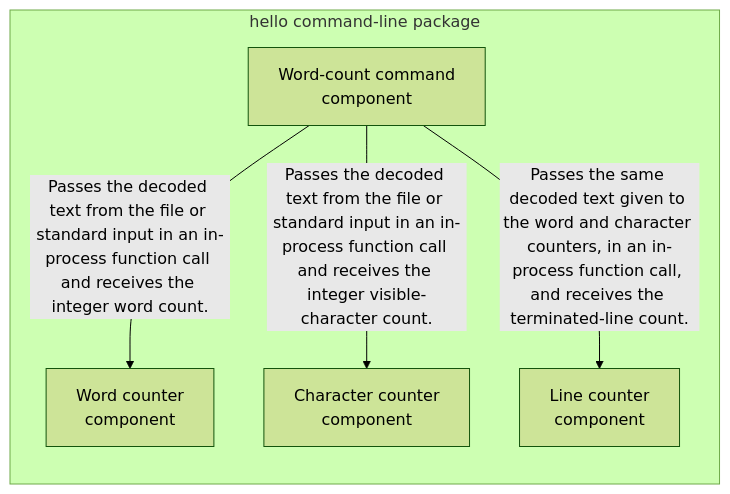
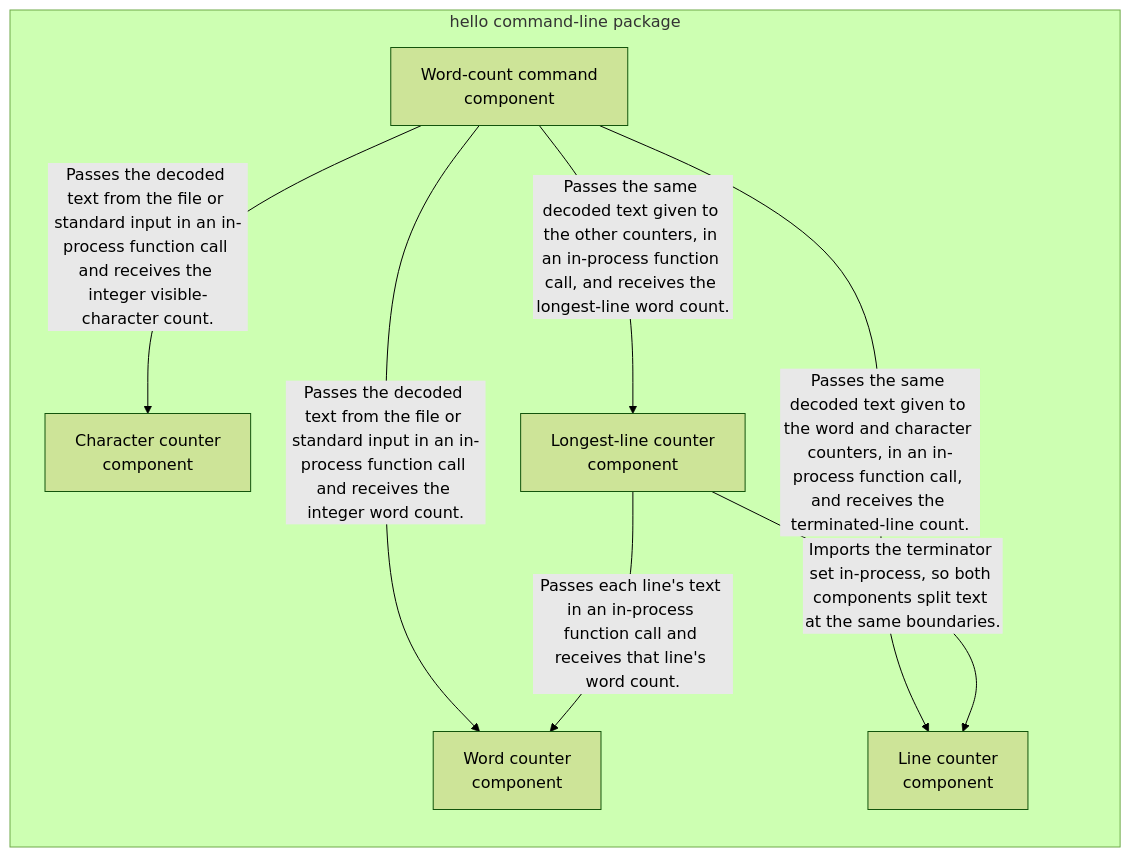
The third of 3 diagrams in docs/architecture.md (mcrasso-marsie/hello), drawn with Mermaid (forest theme) before and after one commit. The commit also changed other lines of this file, not shown here.

Commit message:
docs(architecture): apply SPEC-0006 (workflow f1f2b85425ea4c6484c6a94101156baa)

````diff
--- a/docs/architecture.md
+++ b/docs/architecture.md
@@ -64,15 +64,19 @@
 ```mermaid
 flowchart LR
 classDef added fill:#c8f7c5,stroke:#2e7d32
 classDef changed fill:#fff3b0,stroke:#b59f00
 classDef removed fill:#f8c8c8,stroke:#c62828
 subgraph hello_cli["hello command-line package"]
   word_count_command["Word-count command<br/>component"]
   word_counter["Word counter<br/>component"]
   character_counter["Character counter<br/>component"]
   line_counter["Line counter<br/>component"]
+  longest_line_counter["Longest-line counter<br/>component"]
 end
 word_count_command -->|"Passes the decoded text from the file or standard input in an in-process function call and receives the integer word count."| word_counter
 word_count_command -->|"Passes the decoded text from the file or standard input in an in-process function call and receives the integer visible-character count."| character_counter
 word_count_command -->|"Passes the same decoded text given to the word and character counters, in an in-process function call, and receives the terminated-line count."| line_counter
+word_count_command -->|"Passes the same decoded text given to the other counters, in an in-process function call, and receives the longest-line word count."| longest_line_counter
+longest_line_counter -->|"Passes each line's text in an in-process function call and receives that line's word count."| word_counter
+longest_line_counter -->|"Imports the terminator set in-process, so both components split text at the same boundaries."| line_counter
 ```
````
